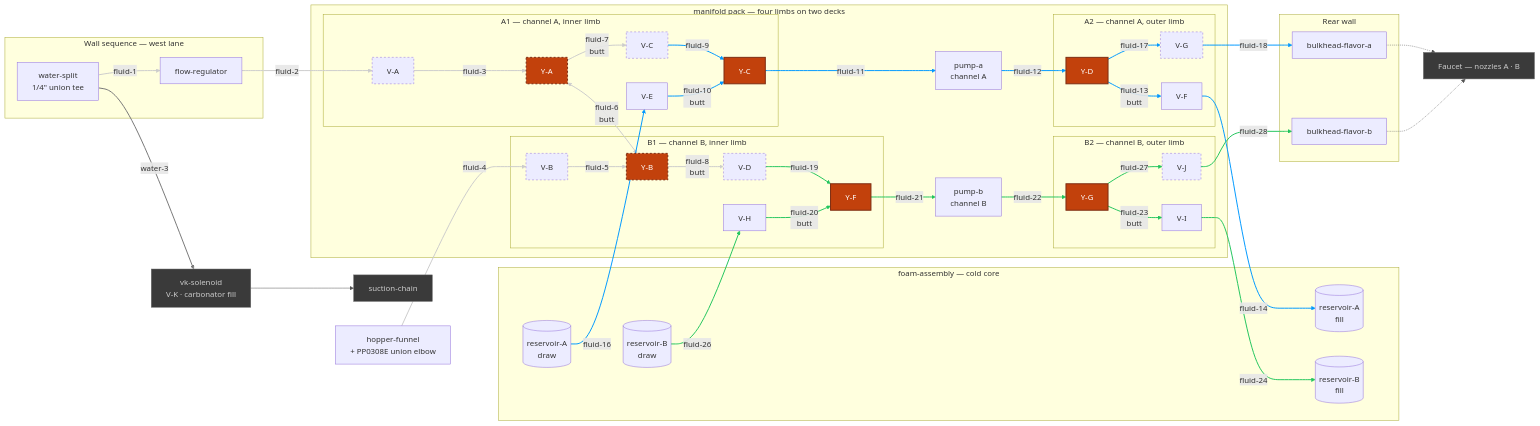
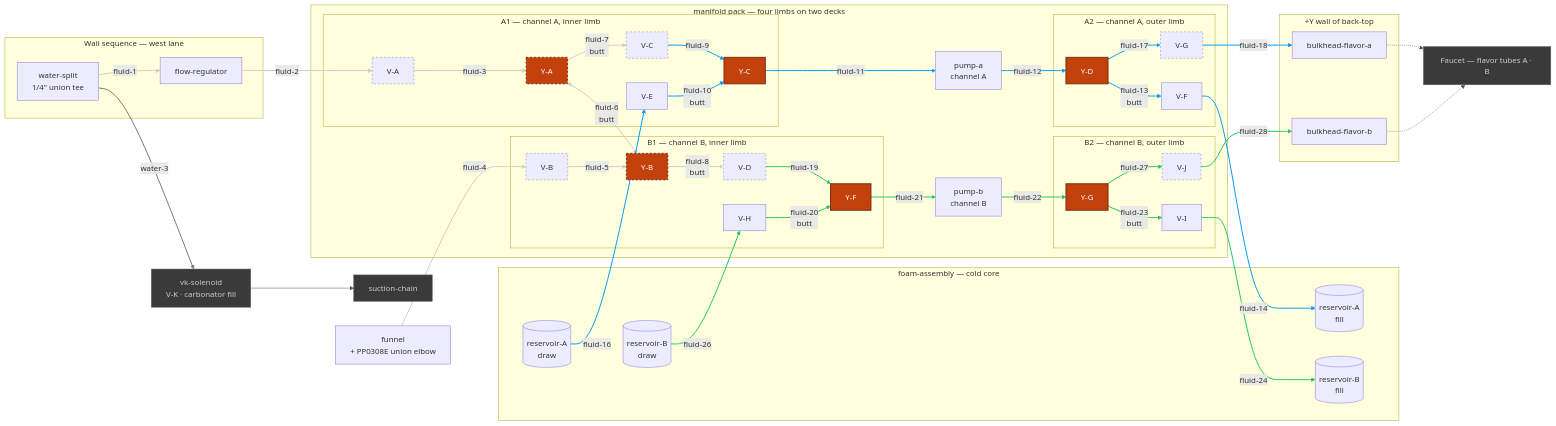
Before and after one commit to derekbreden/homesodamachine: the diagram in hardware/topology/fluid-topology-manifold.mmd, drawn with Mermaid. The commit also changed 12 other files, not shown here.

Commit message:
wiring, topology: the main board, the enclosure display, the +X and +Y walls, the funnel

```diff
--- a/hardware/topology/fluid-topology-manifold.mmd
+++ b/hardware/topology/fluid-topology-manifold.mmd
@@ -21,7 +21,7 @@
   %% hinge's four hairpins and the source pair's two quarter-and-step turns. What is cut comes to
   %% [2347.4 mm](FLUID_TOTAL) of 1/4" LLDPE over [50](FLUID_BENDS) corners, and the longest is
   %% [fluid-18](LONGEST_ID) at [441.5 mm](LONGEST_LEN). [0](OPEN_COUNT) are mouths with nothing
-  %% on the far end of them: EVERY FLAVOR SEGMENT IN THIS CHART IS MADE. The hopper's gravity
+  %% on the far end of them: EVERY FLAVOR SEGMENT IN THIS CHART IS MADE. The funnel's gravity
   %% drain is drawn like the rest — the funnel is seated in the box rather than placed in the
   %% pack, so `fluid-4` is authored after the box exists, off the same frames.
 
@@ -43,13 +43,13 @@
     FlowReg["flow-regulator"]
   end
 
-  %% The basin on the top-wall rim ledge behind the display facet, draining by gravity. The fold
-  %% turns V-B's inlet to face the back of the machine. One node covers the basin and the joint
+  %% The funnel on the top-wall rim ledge behind the display facet, draining by gravity. The fold
+  %% turns V-B's inlet to face the back of the machine. One node covers the funnel and the joint
   %% under it: the spout carries a clamped 1/4" stub and that stub pushes into the +Z leg of a
   %% PP0308E union elbow, which turns the fall aft on its own +Y leg. That +Z collet is the one
-  %% fitting on this chart the CUSTOMER opens — the basin comes out of the machine there and
+  %% fitting on this chart the CUSTOMER opens — the funnel comes out of the machine there and
   %% goes into the dishwasher.
-  Hopper["hopper-funnel<br/>+ PP0308E union elbow"]
+  Funnel["funnel<br/>+ PP0308E union elbow"]
 
   %% =========================
   %% The flavour manifold
@@ -94,7 +94,7 @@
   end
 
   %% =========================
-  %% Cold core, rear wall, and what leaves the box
+  %% Cold core, +Y wall of back-top, and what leaves the box
   %% =========================
   %% Four of the seven conduits in the core's top cap are this circuit's. Each reservoir is
   %% FILLED ABOVE ITS LIQUID, through a bore in its own cap, and DRAWN FROM ITS TROUGH, off the
@@ -107,14 +107,14 @@
     ResB[("reservoir-B<br/>draw")]
   end
 
-  subgraph Panel["Rear wall"]
+  subgraph Panel["+Y wall of back-top"]
     BhA["bulkhead-flavor-a"]
     BhB["bulkhead-flavor-b"]
   end
 
   VK["vk-solenoid<br/>V-K &middot; carbonator fill"]
   SuctChain["suction-chain"]
-  Faucet["Faucet — nozzles A &middot; B"]
+  Faucet["Faucet — flavor tubes A &middot; B"]
 
   %% =========================
   %% Shared source chain — fluid-1 … fluid-8
@@ -126,7 +126,7 @@
   Split -->|"fluid-1"| FlowReg
   FlowReg -->|"fluid-2"| VA
   VA -->|"fluid-3"| YA
-  Hopper -->|"fluid-4"| VB
+  Funnel -->|"fluid-4"| VB
   VB -->|"fluid-5"| YB
   YA <-->|"fluid-6<br/>butt"| YB
   YA -->|"fluid-7<br/>butt"| VC
@@ -179,8 +179,8 @@
   %% =========================
   %% Beyond the box
   %% =========================
-  %% The two flavor bulkheads are where this pack's runs END. The nozzles are out on the faucet,
-  %% down the umbilical, which no run here carries.
+  %% The two flavor bulkheads are where this pack's runs END. The flavor tubes' exits are out
+  %% on the faucet, down the umbilical, which no run here carries.
   BhA -.-> Faucet
   BhB -.-> Faucet
 
```
